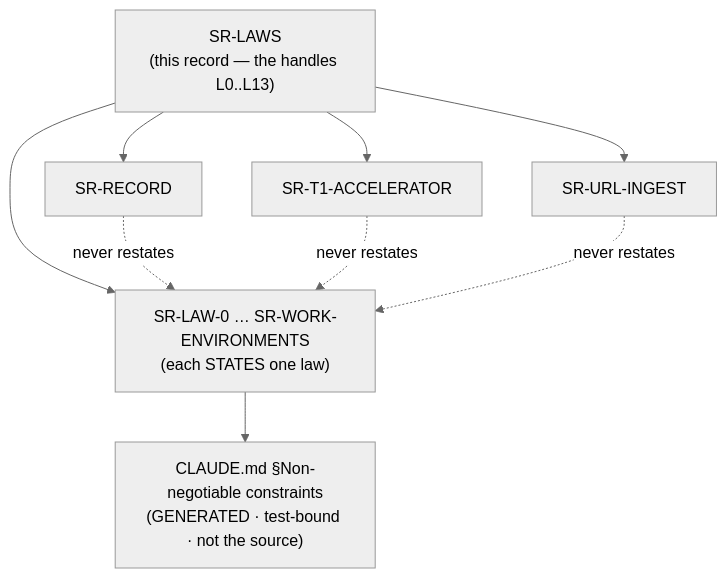
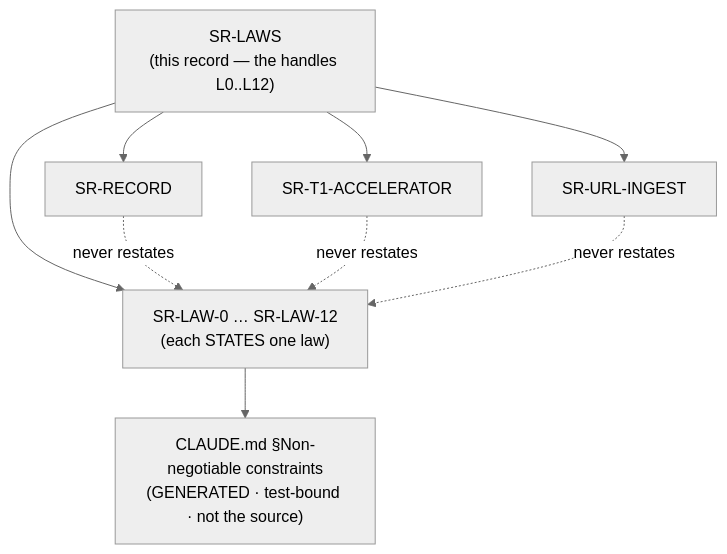
The diagram in records/0001_LAWS.md (arpitarya/fux), drawn with Mermaid (neutral theme) before and after one commit. The commit also changed other lines of this file and 351 other files, not shown here.

````diff
--- a/records/0001_LAWS.md
+++ b/records/0001_LAWS.md
@@ -83,17 +88,17 @@
 ```mermaid
 flowchart TD
-    N["SR-LAWS<br/>(this record — the handles L0..L13)"]
-    W["SR-LAW-0 … SR-WORK-ENVIRONMENTS<br/>(each STATES one law)"]
+    N["SR-LAWS<br/>(this record — the handles L0..L12)"]
+    W["SR-LAW-0 … SR-LAW-12<br/>(each STATES one law)"]
     L["CLAUDE.md §Non-negotiable constraints<br/>(GENERATED · test-bound · not the source)"]
     A["SR-RECORD"]
     B["SR-T1-ACCELERATOR"]
     C["SR-URL-INGEST"]
     N --> W
     W --> L
     N --> A
     N --> B
     N --> C
     A -. "never restates" .-> W
     B -. "never restates" .-> W
     C -. "never restates" .-> W
 ```
````
